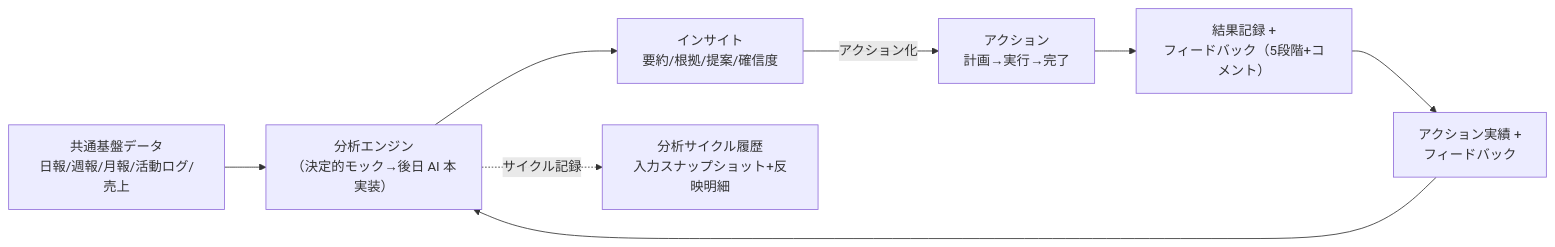
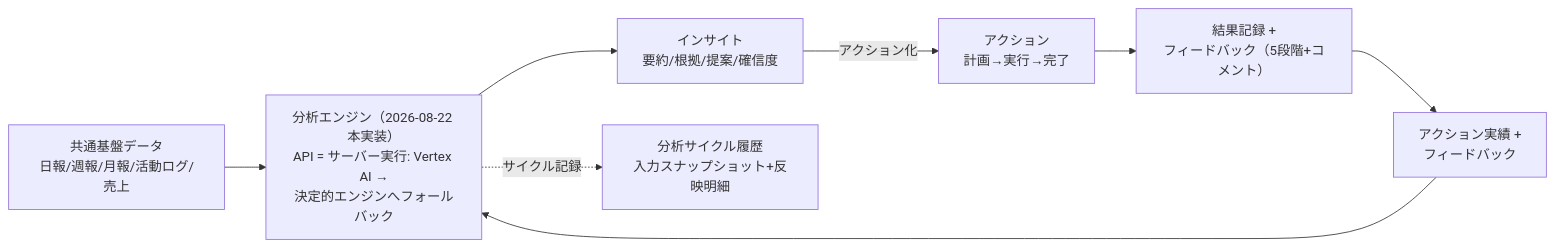
Before and after one commit to TSUNAGUBA/akebono-office: the second of 2 diagrams in .ai-native/outputs/phase5/company-intelligence-design.md, drawn with Mermaid. The commit also changed other lines of this file and 53 other files, not shown here.

````diff
--- a/.ai-native/outputs/phase5/company-intelligence-design.md
+++ b/.ai-native/outputs/phase5/company-intelligence-design.md
@@ -94,10 +100,10 @@
 ```mermaid
 flowchart LR
-    Data["共通基盤データ<br/>日報/週報/月報/活動ログ/売上"] --> Engine["分析エンジン<br/>（決定的モック→後日 AI 本実装）"]
+    Data["共通基盤データ<br/>日報/週報/月報/活動ログ/売上"] --> Engine["分析エンジン（2026-08-22 本実装）<br/>API = サーバー実行: Vertex AI →<br/>決定的エンジンへフォールバック"]
     Feedback["アクション実績 +<br/>フィードバック"] --> Engine
     Engine --> Insight["インサイト<br/>要約/根拠/提案/確信度"]
     Insight -->|アクション化| Action["アクション<br/>計画→実行→完了"]
     Action --> Result["結果記録 +<br/>フィードバック（5段階+コメント）"]
     Result --> Feedback
     Engine -.->|サイクル記録| Cycle["分析サイクル履歴<br/>入力スナップショット+反映明細"]
 ```
````
